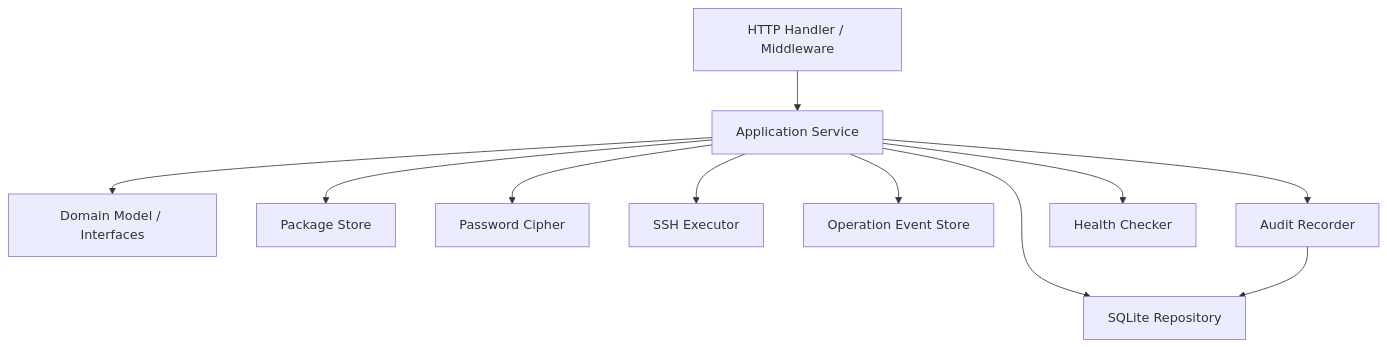
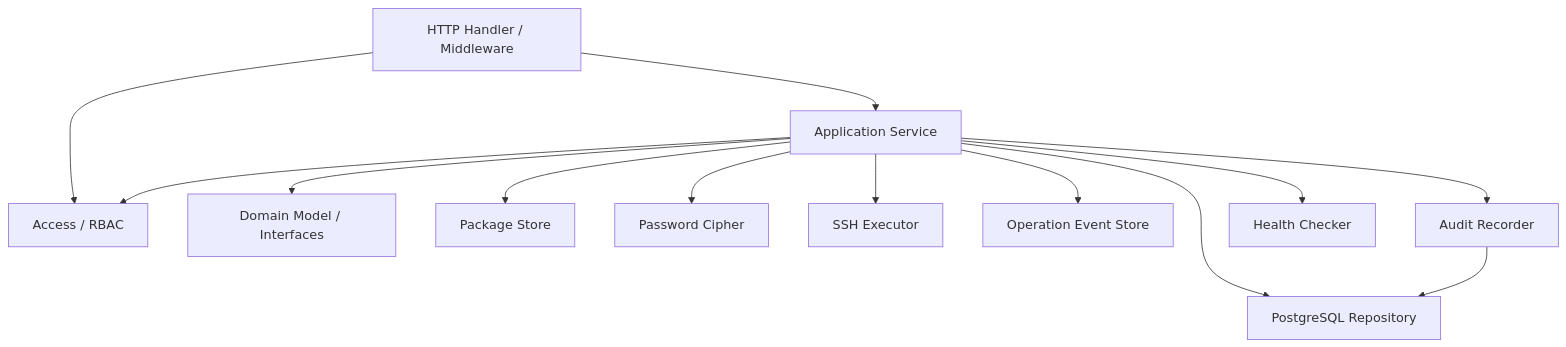
One commit to ymouzhang/DeploymentPlatform changed the second of 4 diagrams in dp/docs/architecture.md. Above: the diagram before and after it, drawn with Mermaid. The commit also changed other lines of this file and 15 other files, not shown here.

Commit message:
feat(dp): establish RBAC and PostgreSQL foundation

````diff
--- a/dp/docs/architecture.md
+++ b/dp/docs/architecture.md
@@ -311,24 +311,27 @@
 ```mermaid
 flowchart TD
     H[HTTP Handler / Middleware]
     A[Application Service]
+    Z[Access / RBAC]
     D[Domain Model / Interfaces]
-    R[SQLite Repository]
+    R[PostgreSQL Repository]
     P[Package Store]
     C[Password Cipher]
     S[SSH Executor]
     E[Operation Event Store]
     T[Audit Recorder]
     K[Health Checker]
 
     H --> A
+    H --> Z
     A --> D
+    A --> Z
     A --> R
     A --> P
     A --> C
     A --> S
     A --> E
     A --> T
     T --> R
     A --> K
 ```
````
